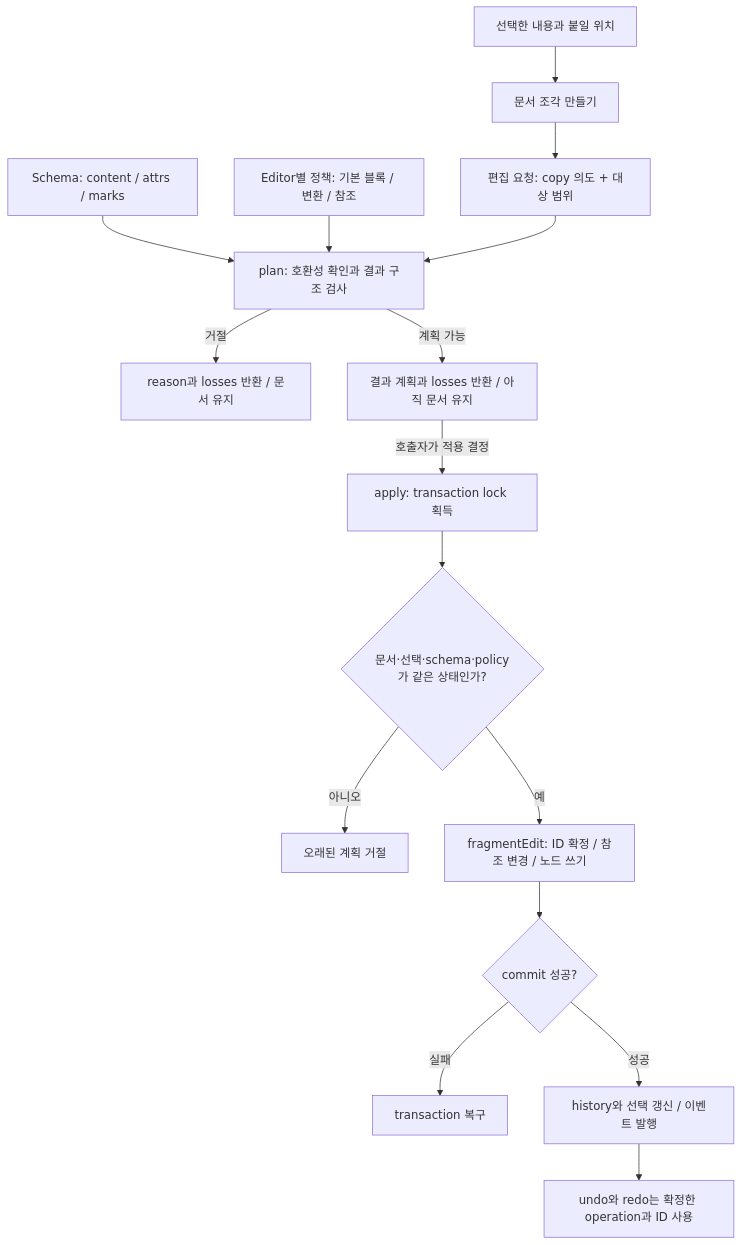
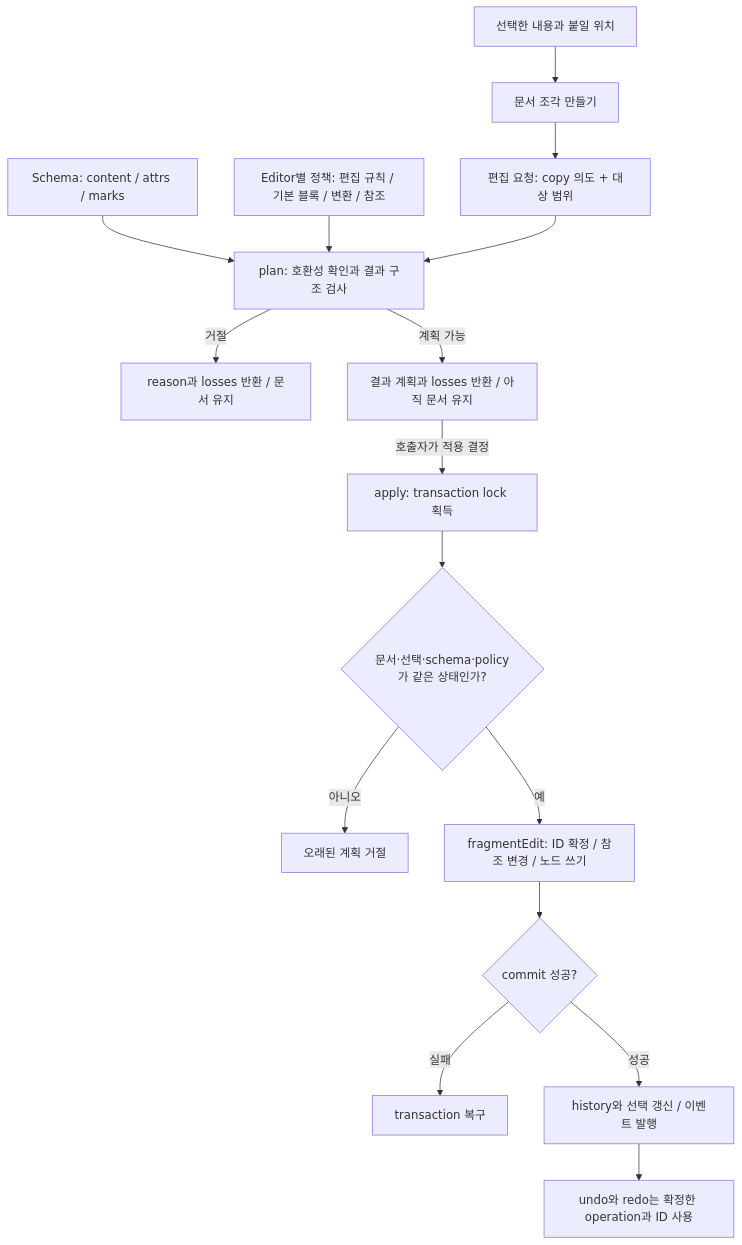
One commit to barocss/barocss-editor changed the first of 3 diagrams in docs/schema-editing-guide.md. Above: the diagram before and after it, drawn with Mermaid. The commit also changed other lines of this file and 8 other files, not shown here.

````diff
--- a/docs/schema-editing-guide.md
+++ b/docs/schema-editing-guide.md
@@ -10,18 +10,18 @@
 ```mermaid
 flowchart TD
     Input[선택한 내용과 붙일 위치] --> Capture[문서 조각 만들기]
     Capture --> Request[편집 요청: copy 의도 + 대상 범위]
     Schema[Schema: content / attrs / marks] --> Plan
-    Policy[Editor별 정책: 기본 블록 / 변환 / 참조] --> Plan
+    Policy[Editor별 정책: 편집 규칙 / 기본 블록 / 변환 / 참조] --> Plan
     Request --> Plan[plan: 호환성 확인과 결과 구조 검사]
     Plan -->|거절| Reason[reason과 losses 반환 / 문서 유지]
     Plan -->|계획 가능| Preview[결과 계획과 losses 반환 / 아직 문서 유지]
     Preview -->|호출자가 적용 결정| Apply[apply: transaction lock 획득]
     Apply --> Fresh{문서·선택·schema·policy가 같은 상태인가?}
     Fresh -->|아니오| Stale[오래된 계획 거절]
     Fresh -->|예| Operation[fragmentEdit: ID 확정 / 참조 변경 / 노드 쓰기]
     Operation --> Commit{commit 성공?}
     Commit -->|실패| Rollback[transaction 복구]
     Commit -->|성공| History[history와 선택 갱신 / 이벤트 발행]
     History --> Undo[undo와 redo는 확정한 operation과 ID 사용]
 ```
````
